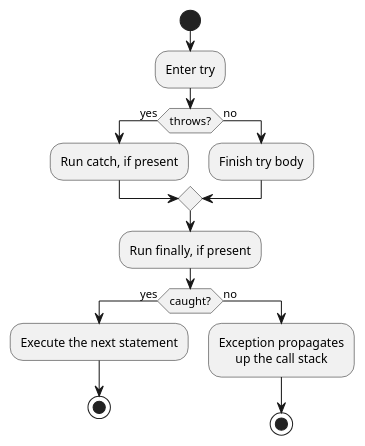
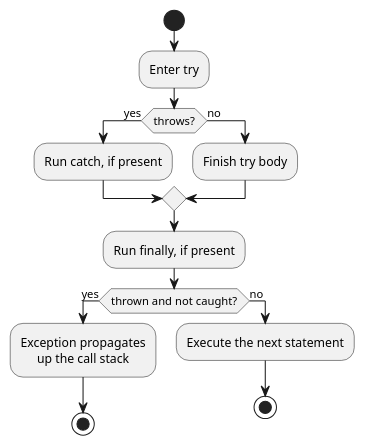
Before and after one commit to ubccpsc/210: the first of 2 diagrams in docs/part1/08_errors.md, drawn with PlantUML. The commit also changed other lines of this file, not shown here.

Commit message:
fix diagram shortcoming

````diff
--- a/docs/part1/08_errors.md
+++ b/docs/part1/08_errors.md
@@ -393,28 +393,28 @@
 ```plantuml
 @startuml
 
 skinparam defaultTextAlignment center
 
 start
 
 :Enter try;
 
 if (throws?) then (yes)
   :Run catch, if present;
 else (no)
   :Finish try body;
 endif
 
 :Run finally, if present;
 
-if (caught?) then (yes)
-  :Execute the next statement;
+if (thrown and not caught?) then (yes)
+  :Exception propagates
+  up the call stack;
   stop
 else (no)
-  :Exception propagates
-  up the call stack;
+  :Execute the next statement;
   stop
 endif
 
 @enduml
 ```
````
